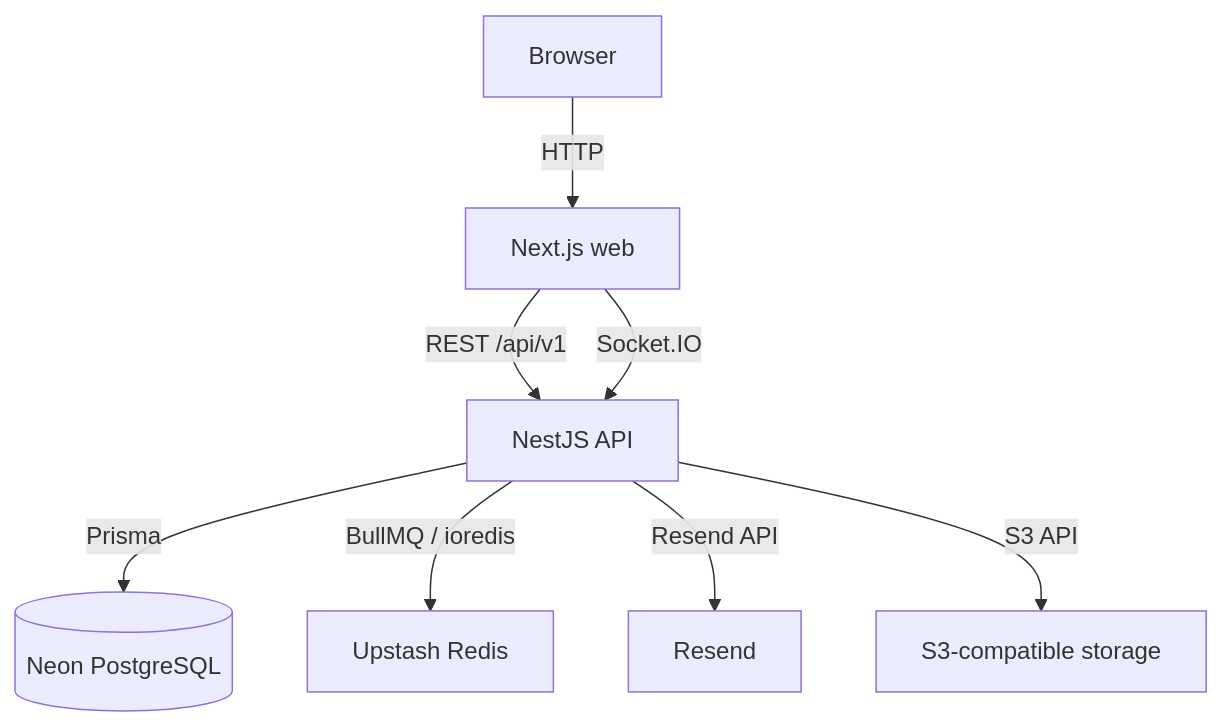
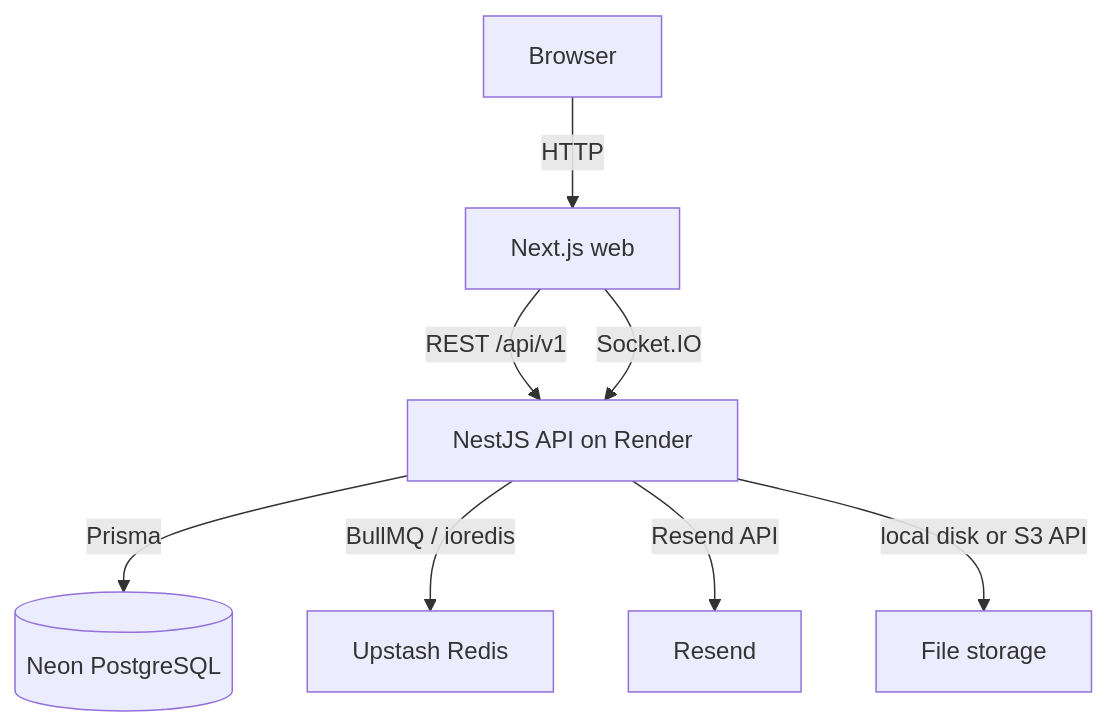
One commit to Praverse-Tech-Pvt-Ltd/ems changed the first of 3 diagrams in docs/NexGen EMS - Architecture.md. Above: the diagram before and after it, drawn with Mermaid. The commit also changed other lines of this file and 26 other files, not shown here.

````diff
--- a/docs/NexGen EMS - Architecture.md
+++ b/docs/NexGen EMS - Architecture.md
@@ -28,10 +28,10 @@
 ```mermaid
 graph TD
     Browser["Browser"] -->|HTTP| Web["Next.js web"]
-    Web -->|REST /api/v1| API["NestJS API"]
+    Web -->|REST /api/v1| API["NestJS API on Render"]
     Web -->|Socket.IO| API
     API -->|Prisma| DB[("Neon PostgreSQL")]
     API -->|BullMQ / ioredis| Redis["Upstash Redis"]
     API -->|Resend API| Email["Resend"]
-    API -->|S3 API| Storage["S3-compatible storage"]
+    API -->|local disk or S3 API| Storage["File storage"]
 ```
````
